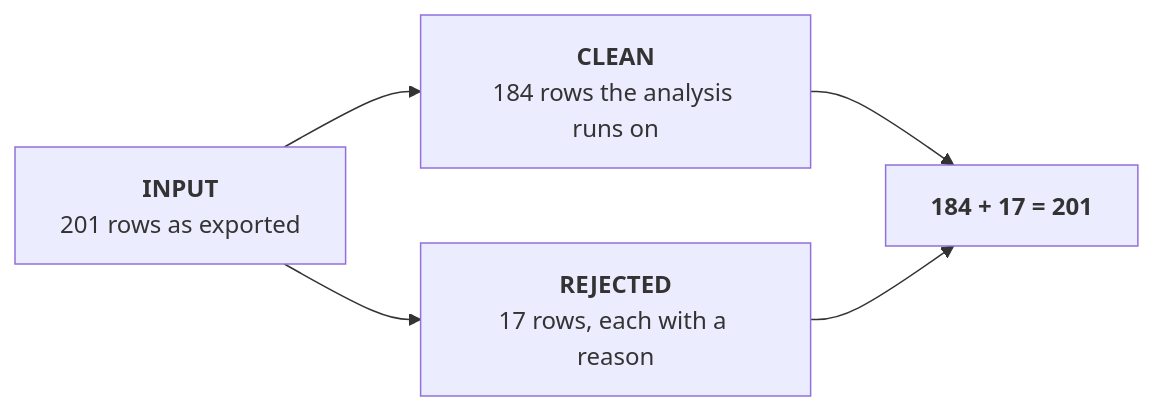
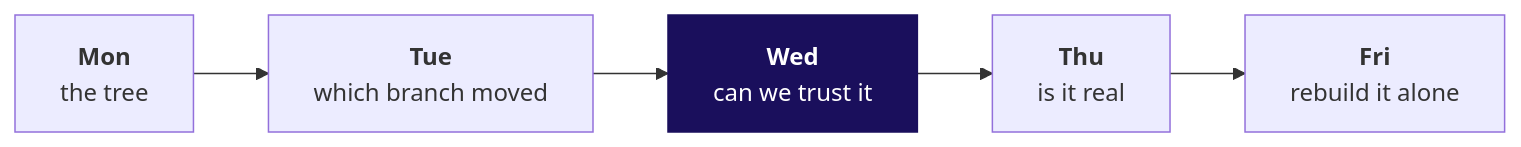
One commit to fde-academy-lab/c2-content-factory changed the first of 2 diagrams in content/W01/D3/study-notes/C2_W01_D03_notes_STUDENT.md. Above: the diagram before and after it, drawn with Mermaid. The commit also changed other lines of this file and 8 other files, not shown here.

````diff
--- a/content/W01/D3/study-notes/C2_W01_D03_notes_STUDENT.md
+++ b/content/W01/D3/study-notes/C2_W01_D03_notes_STUDENT.md
@@ -23,7 +42,9 @@
 ```mermaid
 flowchart LR
-    I["<b>INPUT</b><br/>201 rows as exported"] --> C["<b>CLEAN</b><br/>184 rows the analysis runs on"]
-    I --> R["<b>REJECTED</b><br/>17 rows, each with a reason"]
-    C --> E["<b>184 + 17 = 201</b>"]
-    R --> E
+    M["<b>Mon</b><br/>the tree"] --> T["<b>Tue</b><br/>which branch moved"]
+    T --> W["<b>Wed</b><br/>can we trust it"]
+    W --> H["<b>Thu</b><br/>is it real"]
+    H --> F["<b>Fri</b><br/>rebuild it alone"]
+    classDef bet fill:#1A0F5C,stroke:#1A0F5C,color:#FFFFFF
+    class W bet
 ```
````
